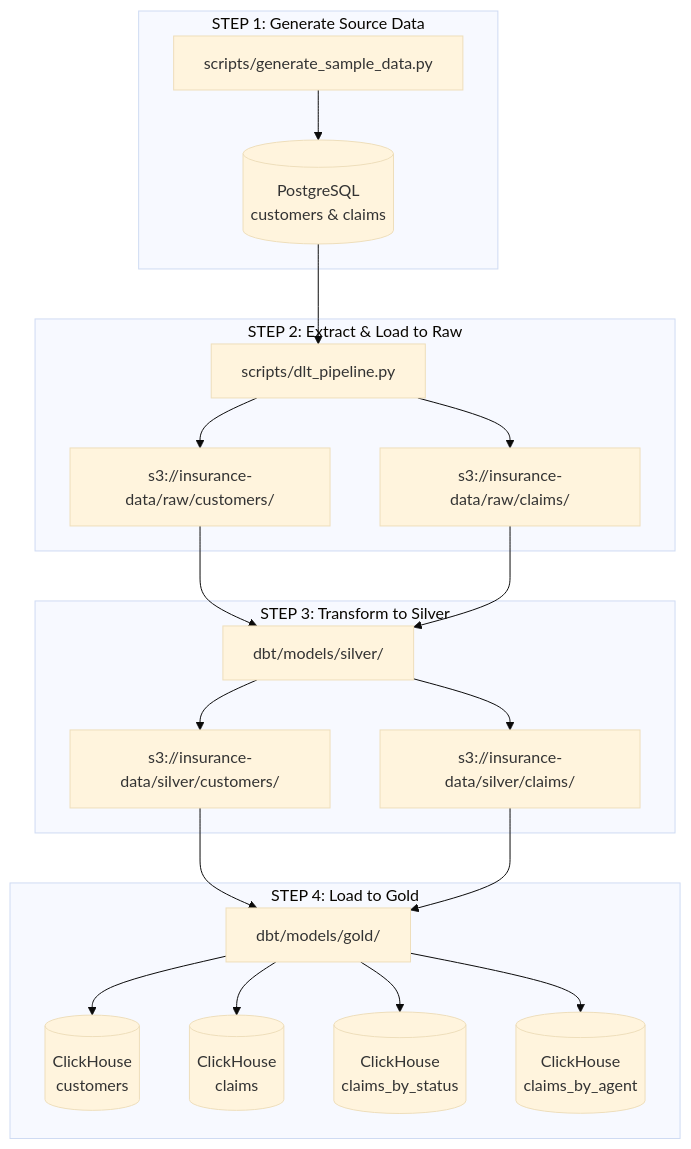
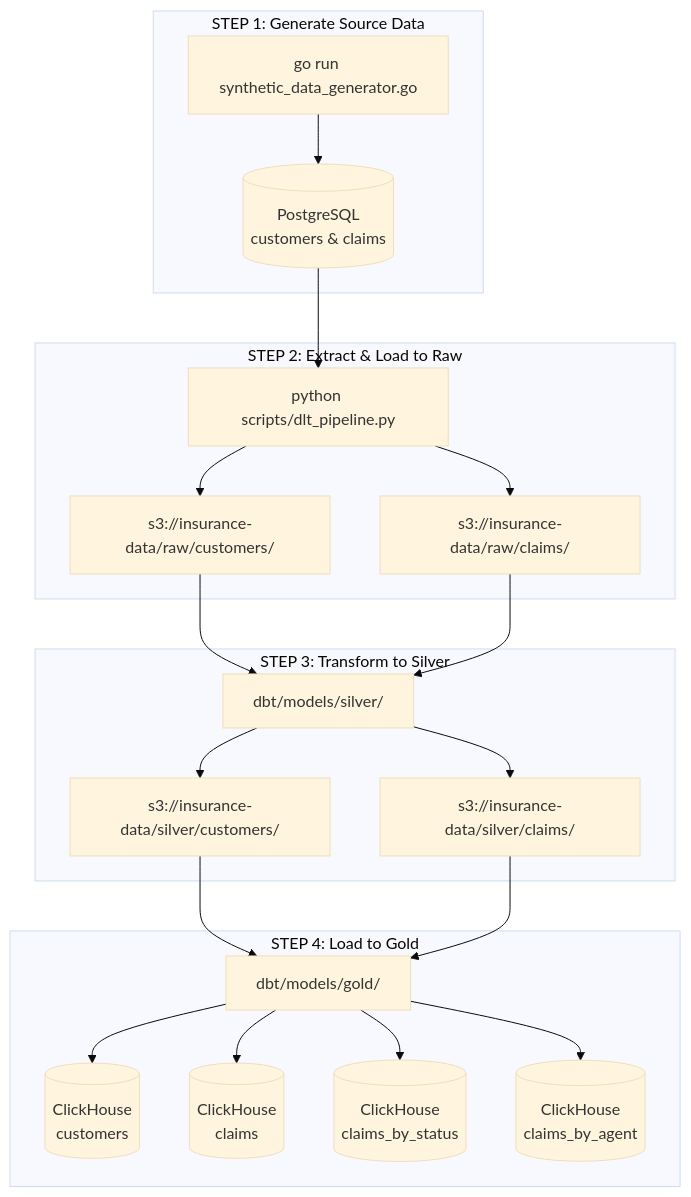
One commit to matiasmagni/insurance-company-data-pipeline-example changed the second of 4 diagrams in README.md. Above: the diagram before and after it, drawn with Mermaid (base theme). The commit also changed other lines of this file and 3 other files, not shown here.

````diff
--- a/README.md
+++ b/README.md
@@ -61,29 +61,29 @@
 ```mermaid
 flowchart TB
     subgraph "STEP 1: Generate Source Data"
-        A[scripts/generate_sample_data.py] --> B[(PostgreSQL\ncustomers & claims)]
+        A[go run synthetic_data_generator.go] --> B[(PostgreSQL\ncustomers & claims)]
     end
     
     subgraph "STEP 2: Extract & Load to Raw"
-        C[scripts/dlt_pipeline.py] --> D[s3://insurance-data/raw/customers/]
+        C[python scripts/dlt_pipeline.py] --> D[s3://insurance-data/raw/customers/]
         C --> E[s3://insurance-data/raw/claims/]
     end
     
     subgraph "STEP 3: Transform to Silver"
         F[dbt/models/silver/] --> G[s3://insurance-data/silver/customers/]
         F --> H[s3://insurance-data/silver/claims/]
     end
     
     subgraph "STEP 4: Load to Gold"
         I[dbt/models/gold/] --> J[(ClickHouse\ncustomers)]
         I --> K[(ClickHouse\nclaims)]
         I --> L[(ClickHouse\nclaims_by_status)]
         I --> M[(ClickHouse\nclaims_by_agent)]
     end
     
     B --> C
     D --> F
     E --> F
     G --> I
     H --> I
 ```
````
